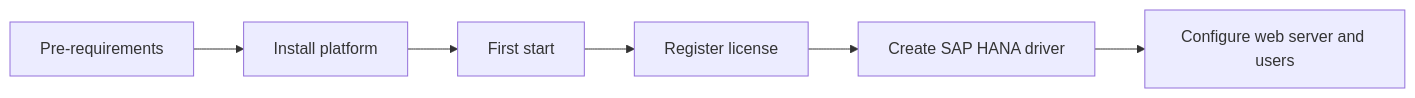
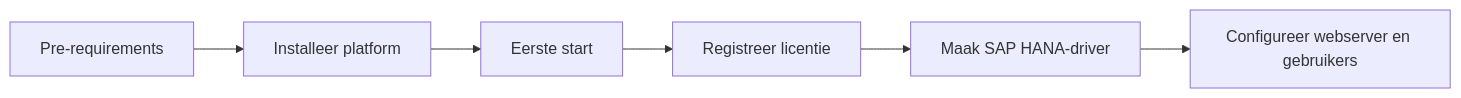
The diagram in platform-operations/README.md (gitbook-demo-sites/aiden-demo-site-20260625), drawn with Mermaid before and after one commit. The commit also changed other lines of this file and 32 other files, not shown here.

````diff
--- a/platform-operations/README.md
+++ b/platform-operations/README.md
@@ -32,8 +34,8 @@
 ```mermaid
 flowchart LR
-    Prereq[Pre-requirements] --> Install[Install platform]
-    Install --> Start[First start]
-    Start --> License[Register license]
-    License --> HANA[Create SAP HANA driver]
-    HANA --> Configure[Configure web server and users]
+    Prereq[Pre-requirements] --> Install[Installeer platform]
+    Install --> Start[Eerste start]
+    Start --> License[Registreer licentie]
+    License --> HANA[Maak SAP HANA-driver]
+    HANA --> Configure[Configureer webserver en gebruikers]
 ```
````
